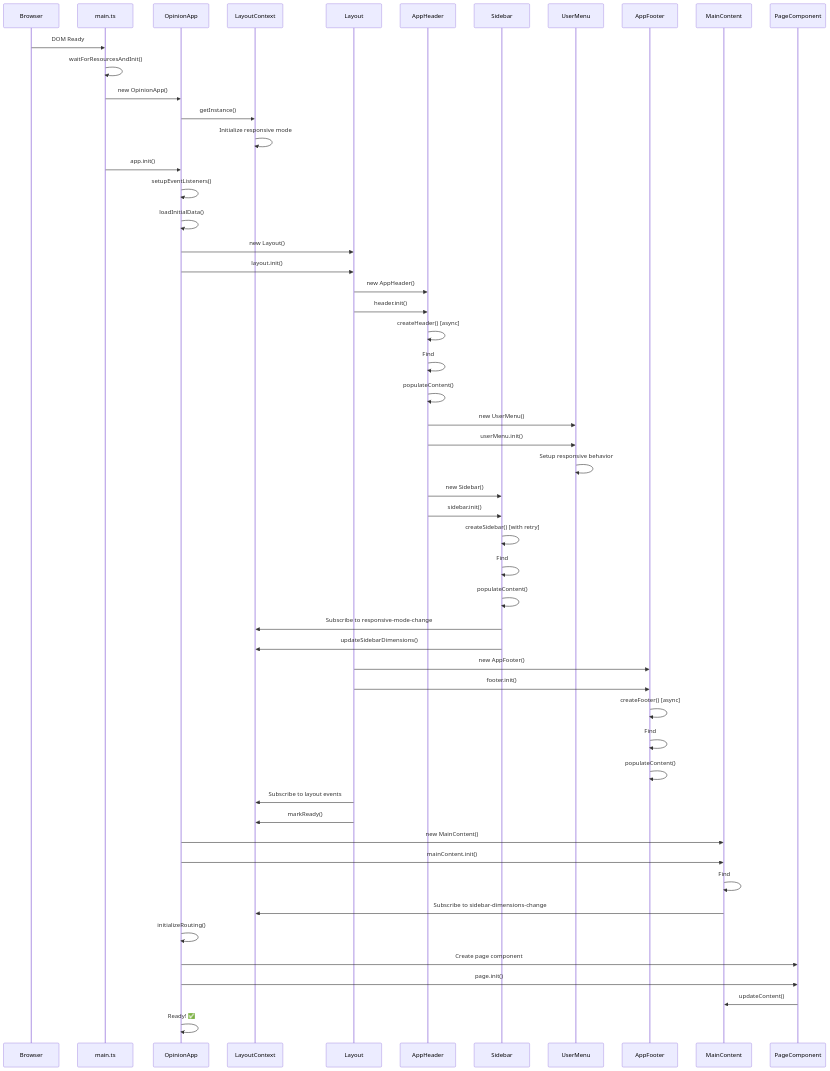
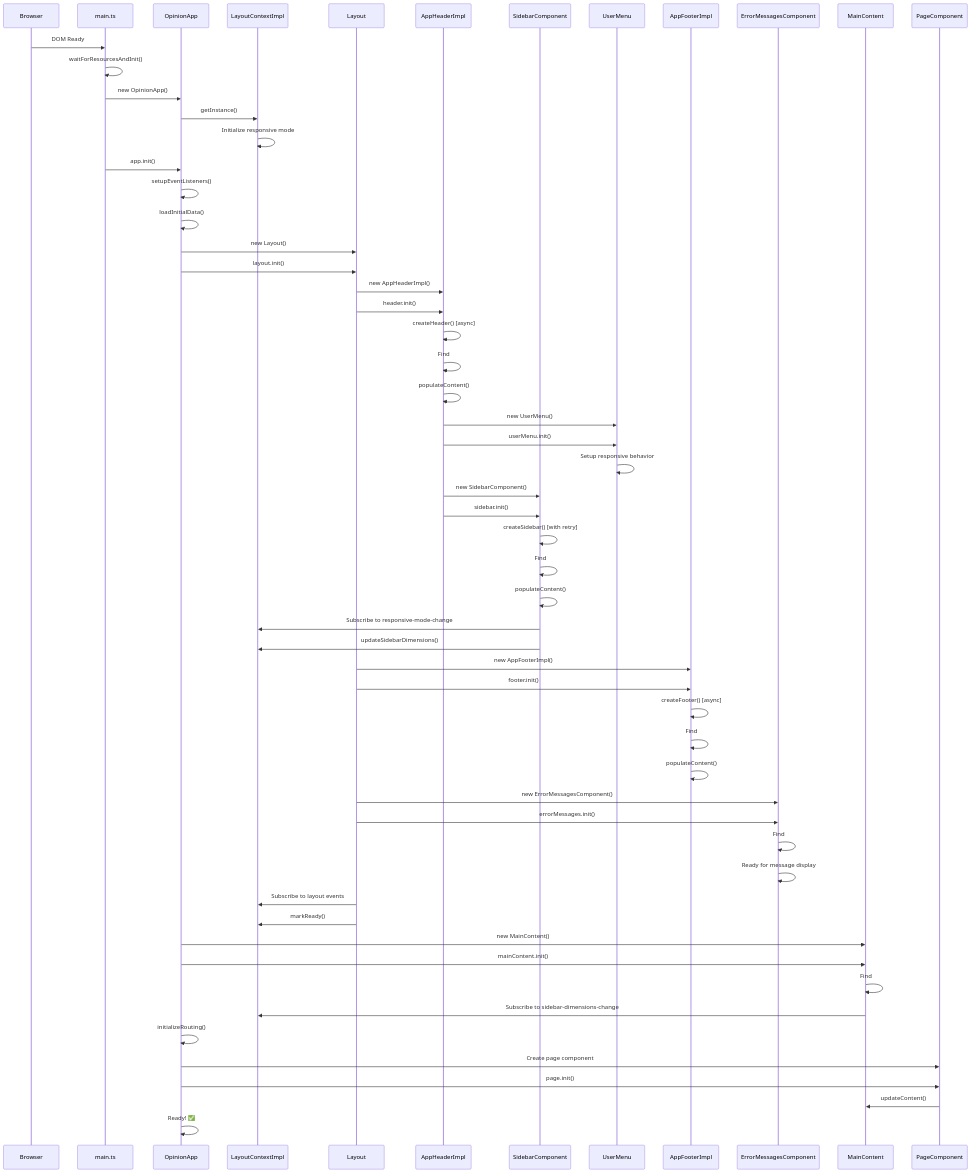
One commit to inqwise-opinion/opinion-front-ui changed the first of 2 diagrams in ARCHITECTURE.md. Above: the diagram before and after it, drawn with Mermaid. The commit also changed other lines of this file and 40 other files, not shown here.

````diff
--- a/ARCHITECTURE.md
+++ b/ARCHITECTURE.md
@@ -106,68 +118,74 @@
 ```mermaid
 sequenceDiagram
     participant Browser
     participant Main as main.ts
     participant App as OpinionApp
-    participant LC as LayoutContext
+    participant LC as LayoutContextImpl
     participant Layout as Layout
-    participant Header as AppHeader
-    participant Sidebar as Sidebar
+    participant Header as AppHeaderImpl
+    participant Sidebar as SidebarComponent
     participant UserMenu as UserMenu
-    participant Footer as AppFooter
+    participant Footer as AppFooterImpl
+    participant ErrorMsgs as ErrorMessagesComponent
     participant MainContent as MainContent
     participant Page as PageComponent
 
     Browser->>Main: DOM Ready
     Main->>Main: waitForResourcesAndInit()
     Main->>App: new OpinionApp()
     App->>LC: getInstance()
     LC->>LC: Initialize responsive mode
     
     Main->>App: app.init()
     App->>App: setupEventListeners()
     App->>App: loadInitialData()
     
     App->>Layout: new Layout()
     App->>Layout: layout.init()
     
-    Layout->>Header: new AppHeader()
+    Layout->>Header: new AppHeaderImpl()
     Layout->>Header: header.init()
     
     Header->>Header: createHeader() [async]
     Header->>Header: Find #app-header element
     Header->>Header: populateContent()
     
     Header->>UserMenu: new UserMenu()
     Header->>UserMenu: userMenu.init()
     UserMenu->>UserMenu: Setup responsive behavior
     
-    Header->>Sidebar: new Sidebar()
+    Header->>Sidebar: new SidebarComponent()
     Header->>Sidebar: sidebar.init()
     
     Sidebar->>Sidebar: createSidebar() [with retry]
     Sidebar->>Sidebar: Find #app-sidebar element
     Sidebar->>Sidebar: populateContent()
     Sidebar->>LC: Subscribe to responsive-mode-change
     Sidebar->>LC: updateSidebarDimensions()
     
-    Layout->>Footer: new AppFooter()
+    Layout->>Footer: new AppFooterImpl()
     Layout->>Footer: footer.init()
     Footer->>Footer: createFooter() [async]
     Footer->>Footer: Find #app-footer element
     Footer->>Footer: populateContent()
+    
+    Layout->>ErrorMsgs: new ErrorMessagesComponent()
+    Layout->>ErrorMsgs: errorMessages.init()
+    ErrorMsgs->>ErrorMsgs: Find #app-error-messages element
+    ErrorMsgs->>ErrorMsgs: Ready for message display
     
     Layout->>LC: Subscribe to layout events
     Layout->>LC: markReady()
     
     App->>MainContent: new MainContent()
     App->>MainContent: mainContent.init()
     MainContent->>MainContent: Find #app-main element
     MainContent->>LC: Subscribe to sidebar-dimensions-change
     
     App->>App: initializeRouting()
     App->>Page: Create page component
     App->>Page: page.init()
     Page->>MainContent: updateContent()
     
     App->>App: Ready! ✅
 ```
````
